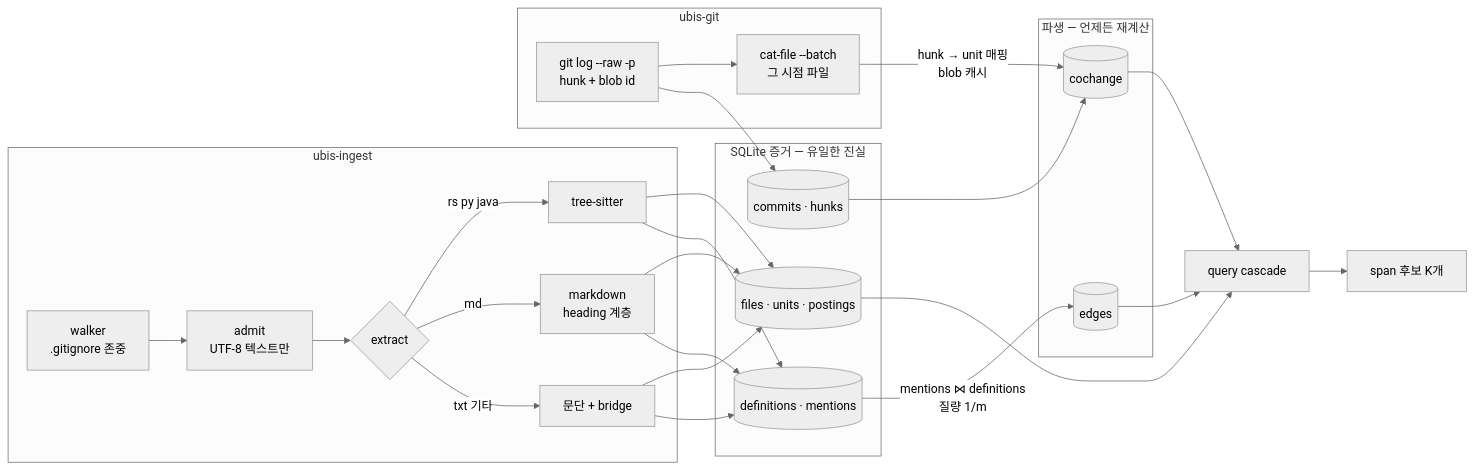
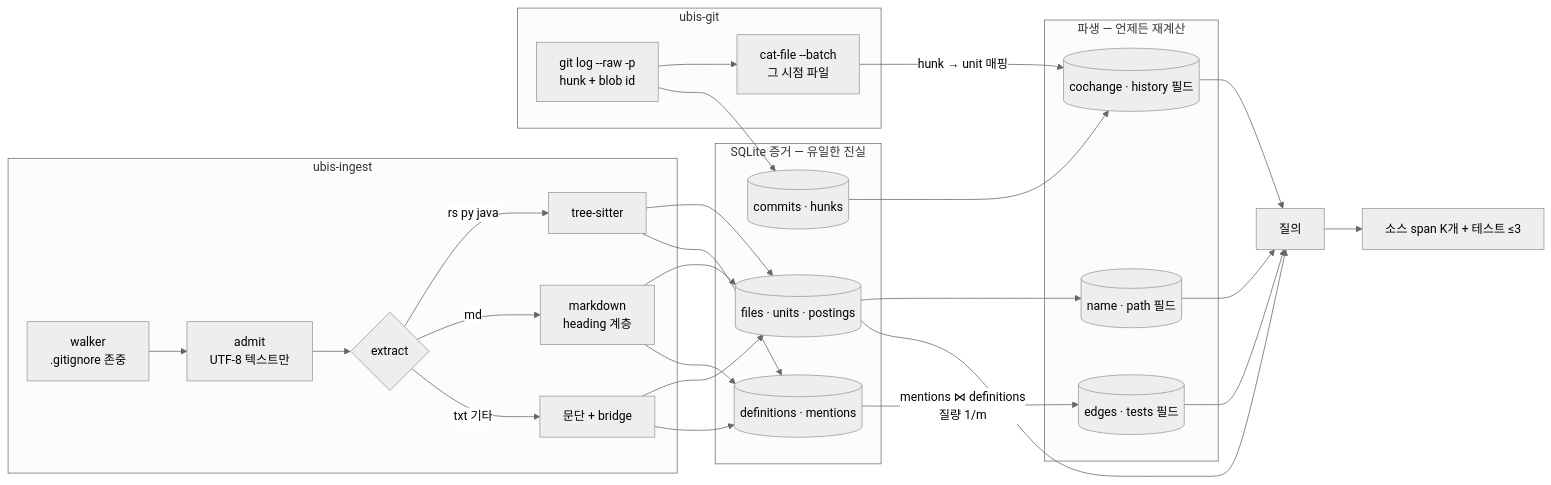
One commit to CREE1116/UBIS changed the second of 2 diagrams in README.md. Above: the diagram before and after it, drawn with Mermaid (neutral theme). The commit also changed other lines of this file and 18 other files, not shown here.

First line of the commit message:
v0.6.0: DPH field sum, separate test list, tests and history fields

````diff
--- a/README.md
+++ b/README.md
@@ -174,34 +191,36 @@
 ```mermaid
 flowchart LR
     subgraph Ingest["ubis-ingest"]
         W[walker<br/>.gitignore 존중] --> AD[admit<br/>UTF-8 텍스트만]
         AD --> EX{extract}
         EX -->|rs py java| TS[tree-sitter]
         EX -->|md| MD[markdown<br/>heading 계층]
         EX -->|txt 기타| TX[문단 + bridge]
     end
 
     subgraph Git["ubis-git"]
         GL[git log --raw -p<br/>hunk + blob id] --> BR[cat-file --batch<br/>그 시점 파일]
     end
 
     subgraph Evidence["SQLite 증거 — 유일한 진실"]
         E1[(files · units · postings)]
         E2[(definitions · mentions)]
         E3[(commits · hunks)]
     end
 
     subgraph Derived["파생 — 언제든 재계산"]
-        D1[(edges)]
-        D2[(cochange)]
+        D0[(name · path 필드)]
+        D1[(edges · tests 필드)]
+        D2[(cochange · history 필드)]
     end
 
     TS & MD & TX --> E1 & E2
+    E1 --> D0
     GL --> E3
     E2 -->|"mentions ⋈ definitions<br/>질량 1/m"| D1
-    BR -->|"hunk → unit 매핑<br/>blob 캐시"| D2
+    BR -->|"hunk → unit 매핑"| D2
     E3 --> D2
 
-    D1 & D2 & E1 --> Q[query cascade]
-    Q --> OUT[span 후보 K개]
+    D0 & D1 & D2 & E1 --> Q[질의]
+    Q --> OUT[소스 span K개 + 테스트 ≤3]
 ```
````
